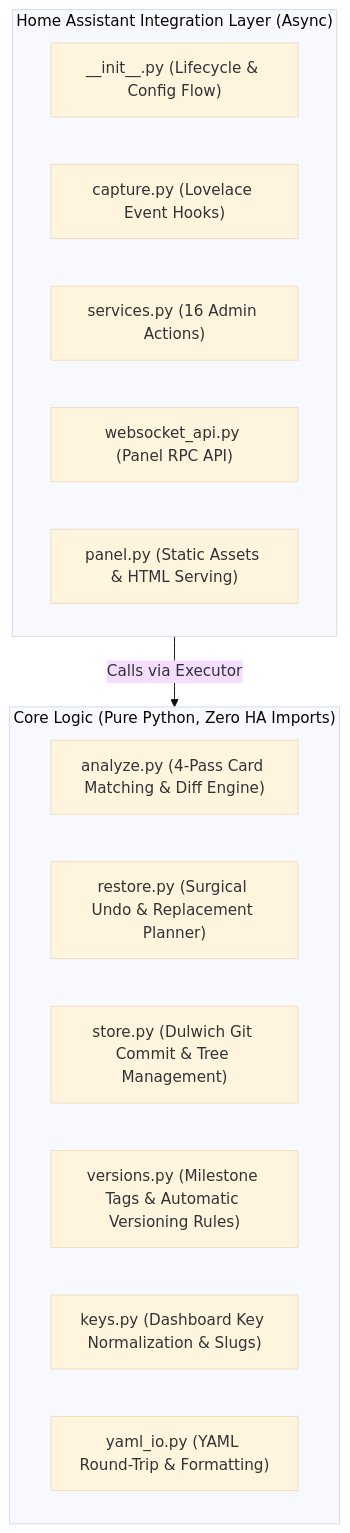
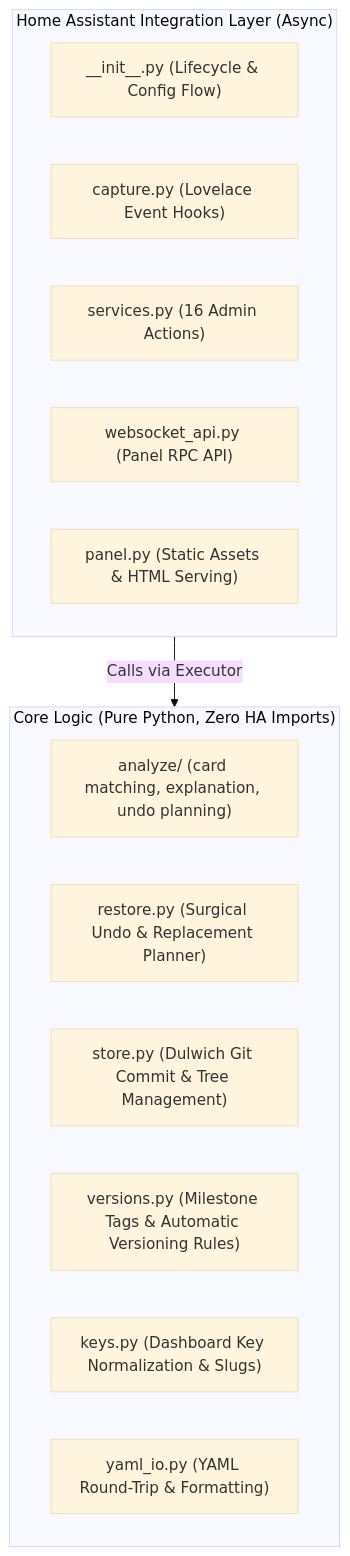
One commit to PPP01/ha-dashboard-history changed the diagram in docs/development.md. Above: the diagram before and after it, drawn with Mermaid (base theme). The commit also changed other lines of this file and 5 other files, not shown here.

````diff
--- a/docs/development.md
+++ b/docs/development.md
@@ -11,21 +11,21 @@
 ```mermaid
 flowchart TD
     subgraph HA_Layer ["Home Assistant Integration Layer (Async)"]
         Init["__init__.py (Lifecycle & Config Flow)"]
         Capture["capture.py (Lovelace Event Hooks)"]
         Services["services.py (16 Admin Actions)"]
         WS["websocket_api.py (Panel RPC API)"]
         Panel["panel.py (Static Assets & HTML Serving)"]
     end
 
     subgraph Core_Layer ["Core Logic (Pure Python, Zero HA Imports)"]
-        Analyze["analyze.py (4-Pass Card Matching & Diff Engine)"]
+        Analyze["analyze/ (card matching, explanation, undo planning)"]
         Restore["restore.py (Surgical Undo & Replacement Planner)"]
         Store["store.py (Dulwich Git Commit & Tree Management)"]
         Versions["versions.py (Milestone Tags & Automatic Versioning Rules)"]
         Keys["keys.py (Dashboard Key Normalization & Slugs)"]
         YamlIO["yaml_io.py (YAML Round-Trip & Formatting)"]
     end
 
     HA_Layer -->|Calls via Executor| Core_Layer
 ```
````
